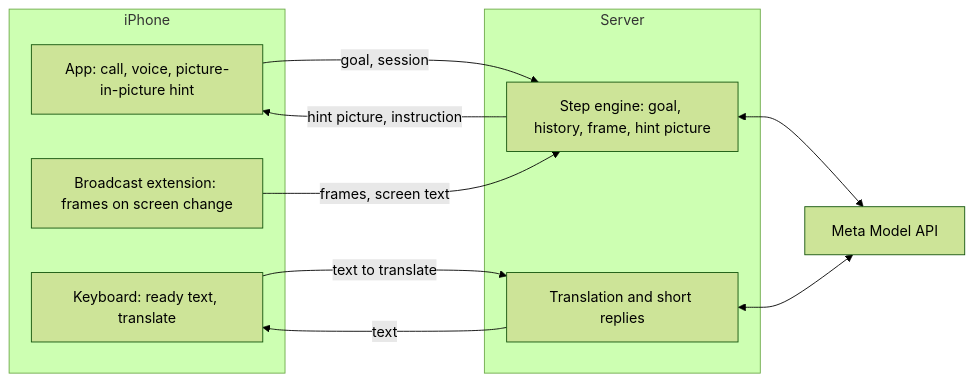
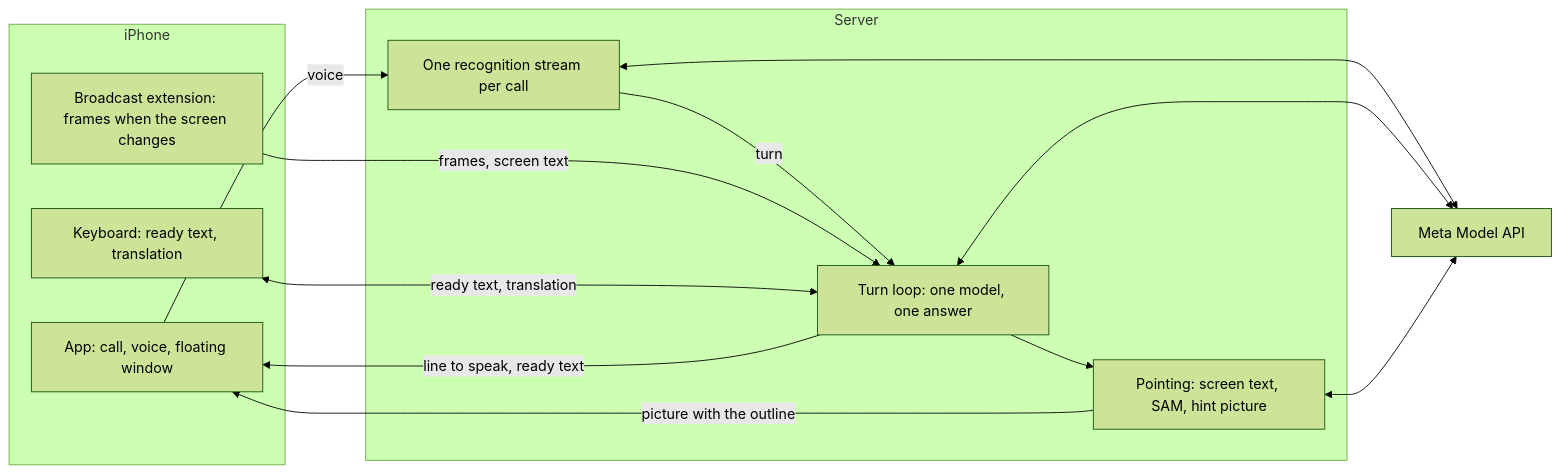
The diagram in README.md (cveti69/ojo), drawn with Mermaid (forest theme) before and after one commit. The commit also changed other lines of this file and 3 other files, not shown here.

Commit message:
The descriptions follow the one-loop call, in English

````diff
--- a/README.md
+++ b/README.md
@@ -17,20 +16,24 @@
 ```mermaid
 flowchart LR
   subgraph iPhone
-    APP["App: call, voice, picture-in-picture hint"]
-    BR["Broadcast extension: frames on screen change"]
-    KB["Keyboard: ready text, translate"]
+    APP["App: call, voice, floating window"]
+    BR["Broadcast extension: frames when the screen changes"]
+    KB["Keyboard: ready text, translation"]
   end
   subgraph Server
-    ENG["Step engine: goal, history, frame, hint picture"]
-    TX["Translation and short replies"]
+    EARS["One recognition stream per call"]
+    LOOP["Turn loop: one model, one answer"]
+    POINT["Pointing: screen text, SAM, hint picture"]
   end
   META["Meta Model API"]
-  APP -- "goal, session" --> ENG
-  ENG -- "hint picture, instruction" --> APP
-  BR -- "frames, screen text" --> ENG
-  KB -- "text to translate" --> TX
-  TX -- "text" --> KB
-  ENG <--> META
-  TX <--> META
+  APP -- "voice" --> EARS
+  EARS -- "turn" --> LOOP
+  BR -- "frames, screen text" --> LOOP
+  LOOP -- "line to speak, ready text" --> APP
+  LOOP --> POINT
+  POINT -- "picture with the outline" --> APP
+  KB <-- "ready text, translation" --> LOOP
+  EARS <--> META
+  LOOP <--> META
+  POINT <--> META
 ```
````
